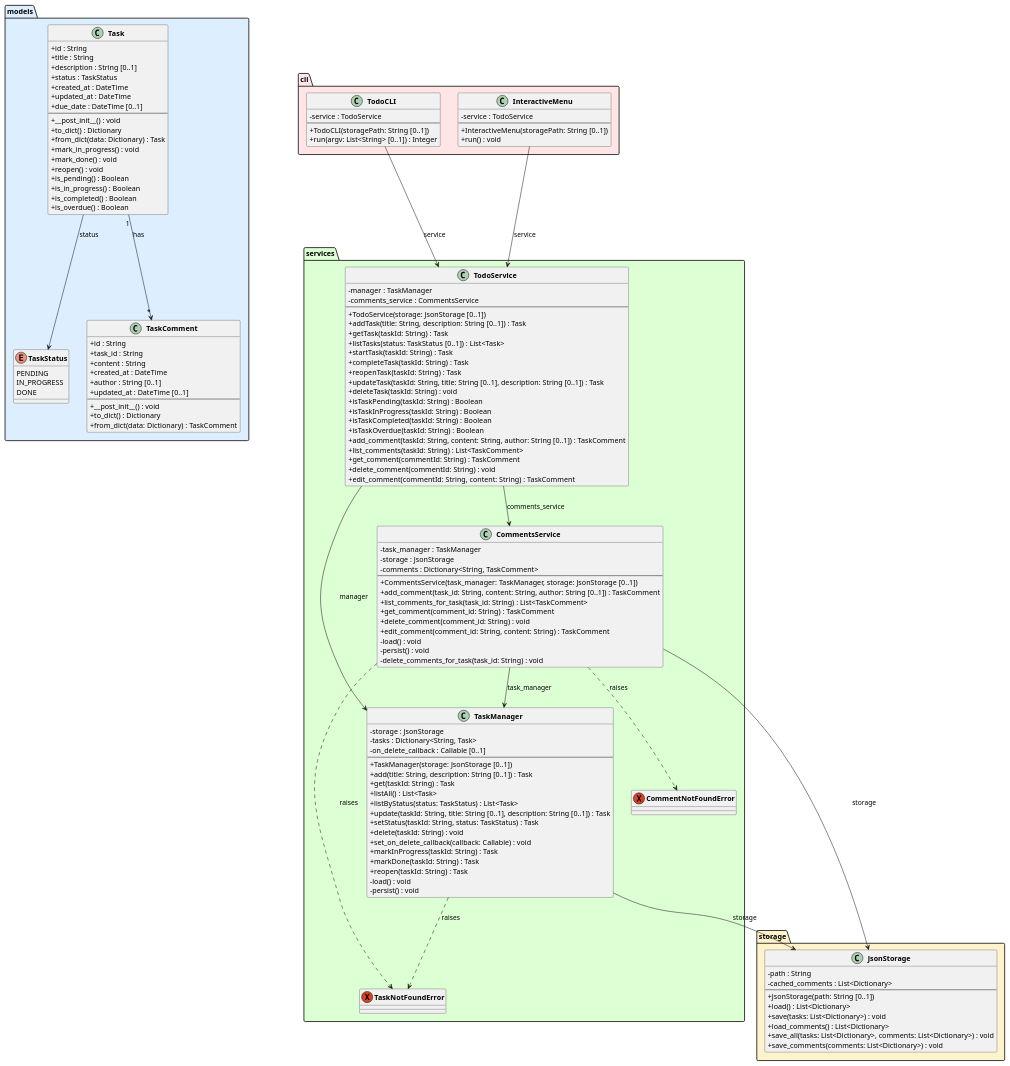
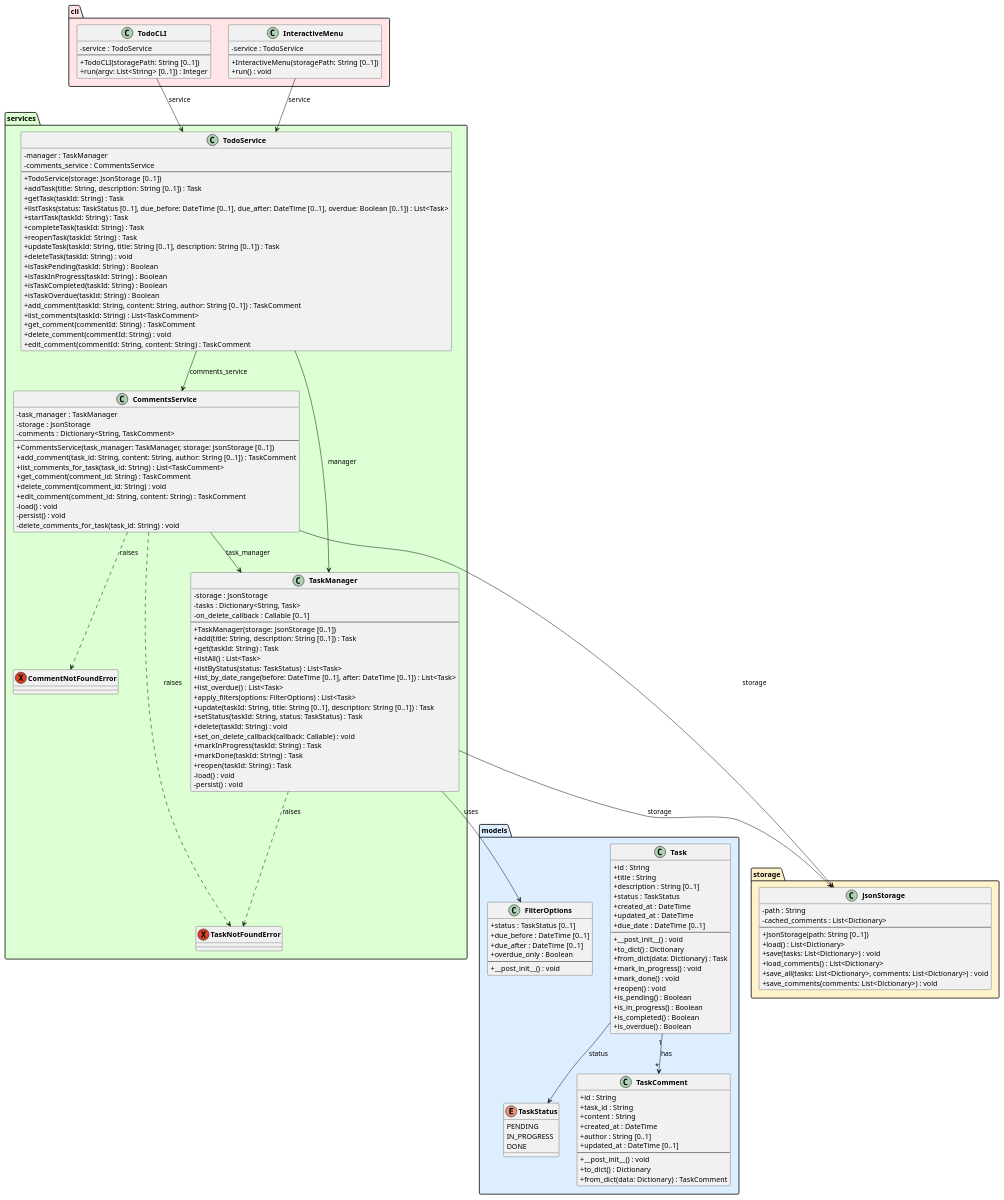
One commit to DanielRiha8906/Software_autoevolution_using_agents changed the diagram in experiments/broadcast/user_stories/TODO/artifacts/class_diagram.puml. Above: the diagram before and after it, drawn with PlantUML. The commit also changed 10 other files, not shown here.

```diff
--- a/experiments/broadcast/user_stories/TODO/artifacts/class_diagram.puml
+++ b/experiments/broadcast/user_stories/TODO/artifacts/class_diagram.puml
@@ -1,158 +1,171 @@
 @startuml class_diagram
 
 skinparam classAttributeIconSize 0
 skinparam classFontStyle bold
 
 package "models" #DDEEFF {
     enum TaskStatus {
         PENDING
         IN_PROGRESS
         DONE
     }
 
     class Task {
         +id : String
         +title : String
         +description : String [0..1]
         +status : TaskStatus
         +created_at : DateTime
         +updated_at : DateTime
         +due_date : DateTime [0..1]
         --
         +__post_init__() : void
         +to_dict() : Dictionary
         +from_dict(data: Dictionary) : Task
         +mark_in_progress() : void
         +mark_done() : void
         +reopen() : void
         +is_pending() : Boolean
         +is_in_progress() : Boolean
         +is_completed() : Boolean
         +is_overdue() : Boolean
     }
 
     class TaskComment {
         +id : String
         +task_id : String
         +content : String
         +created_at : DateTime
         +author : String [0..1]
         +updated_at : DateTime [0..1]
         --
         +__post_init__() : void
         +to_dict() : Dictionary
         +from_dict(data: Dictionary) : TaskComment
+    }
+
+    class FilterOptions {
+        +status : TaskStatus [0..1]
+        +due_before : DateTime [0..1]
+        +due_after : DateTime [0..1]
+        +overdue_only : Boolean
+        --
+        +__post_init__() : void
     }
 
     Task "1" --> "*" TaskComment : has
 }
 
 package "storage" #FFF3CC {
     class JsonStorage {
         -path : String
         -cached_comments : List<Dictionary>
         --
         +JsonStorage(path: String [0..1])
         +load() : List<Dictionary>
         +save(tasks: List<Dictionary>) : void
         +load_comments() : List<Dictionary>
         +save_all(tasks: List<Dictionary>, comments: List<Dictionary>) : void
         +save_comments(comments: List<Dictionary>) : void
     }
 }
 
 package "services" #DDFFD4 {
     exception TaskNotFoundError
     exception CommentNotFoundError
 
     class CommentsService {
         -task_manager : TaskManager
         -storage : JsonStorage
         -comments : Dictionary<String, TaskComment>
         --
         +CommentsService(task_manager: TaskManager, storage: JsonStorage [0..1])
         +add_comment(task_id: String, content: String, author: String [0..1]) : TaskComment
         +list_comments_for_task(task_id: String) : List<TaskComment>
         +get_comment(comment_id: String) : TaskComment
         +delete_comment(comment_id: String) : void
         +edit_comment(comment_id: String, content: String) : TaskComment
         -load() : void
         -persist() : void
         -delete_comments_for_task(task_id: String) : void
     }
 
     class TaskManager {
         -storage : JsonStorage
         -tasks : Dictionary<String, Task>
         -on_delete_callback : Callable [0..1]
         --
         +TaskManager(storage: JsonStorage [0..1])
         +add(title: String, description: String [0..1]) : Task
         +get(taskId: String) : Task
         +listAll() : List<Task>
         +listByStatus(status: TaskStatus) : List<Task>
+        +list_by_date_range(before: DateTime [0..1], after: DateTime [0..1]) : List<Task>
+        +list_overdue() : List<Task>
+        +apply_filters(options: FilterOptions) : List<Task>
         +update(taskId: String, title: String [0..1], description: String [0..1]) : Task
         +setStatus(taskId: String, status: TaskStatus) : Task
         +delete(taskId: String) : void
         +set_on_delete_callback(callback: Callable) : void
         +markInProgress(taskId: String) : Task
         +markDone(taskId: String) : Task
         +reopen(taskId: String) : Task
         -load() : void
         -persist() : void
     }
 
     class TodoService {
         -manager : TaskManager
         -comments_service : CommentsService
         --
         +TodoService(storage: JsonStorage [0..1])
         +addTask(title: String, description: String [0..1]) : Task
         +getTask(taskId: String) : Task
-        +listTasks(status: TaskStatus [0..1]) : List<Task>
+        +listTasks(status: TaskStatus [0..1], due_before: DateTime [0..1], due_after: DateTime [0..1], overdue: Boolean [0..1]) : List<Task>
         +startTask(taskId: String) : Task
         +completeTask(taskId: String) : Task
         +reopenTask(taskId: String) : Task
         +updateTask(taskId: String, title: String [0..1], description: String [0..1]) : Task
         +deleteTask(taskId: String) : void
         +isTaskPending(taskId: String) : Boolean
         +isTaskInProgress(taskId: String) : Boolean
         +isTaskCompleted(taskId: String) : Boolean
         +isTaskOverdue(taskId: String) : Boolean
         +add_comment(taskId: String, content: String, author: String [0..1]) : TaskComment
         +list_comments(taskId: String) : List<TaskComment>
         +get_comment(commentId: String) : TaskComment
         +delete_comment(commentId: String) : void
         +edit_comment(commentId: String, content: String) : TaskComment
     }
 }
 
 package "cli" #FFE5E5 {
     class TodoCLI {
         -service : TodoService
         --
         +TodoCLI(storagePath: String [0..1])
         +run(argv: List<String> [0..1]) : Integer
     }
 
     class InteractiveMenu {
         -service : TodoService
         --
         +InteractiveMenu(storagePath: String [0..1])
         +run() : void
     }
 }
 
 Task --> TaskStatus : status
 TaskManager --> JsonStorage : storage
+TaskManager --> FilterOptions : uses
 TaskManager ..> TaskNotFoundError : raises
 CommentsService --> TaskManager : task_manager
 CommentsService --> JsonStorage : storage
 CommentsService ..> TaskNotFoundError : raises
 CommentsService ..> CommentNotFoundError : raises
 TodoService --> TaskManager : manager
 TodoService --> CommentsService : comments_service
 TodoCLI --> TodoService : service
 InteractiveMenu --> TodoService : service
 
 @enduml
```
